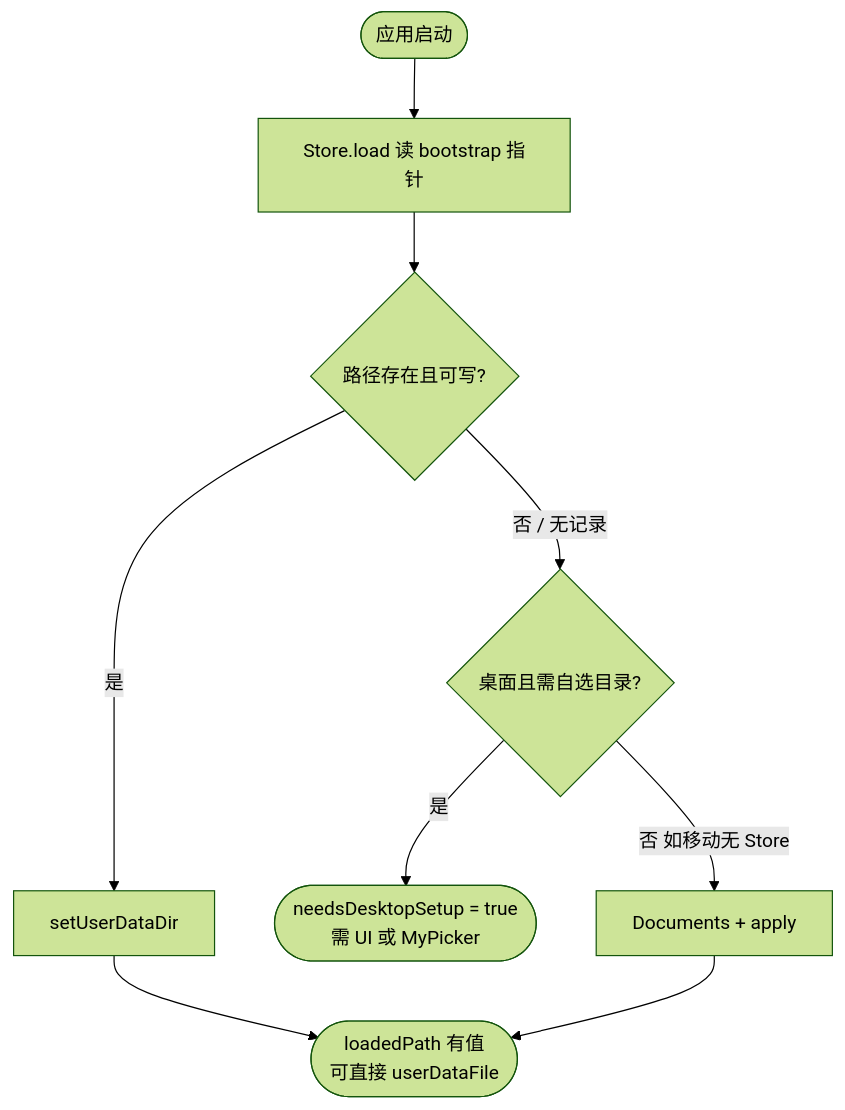
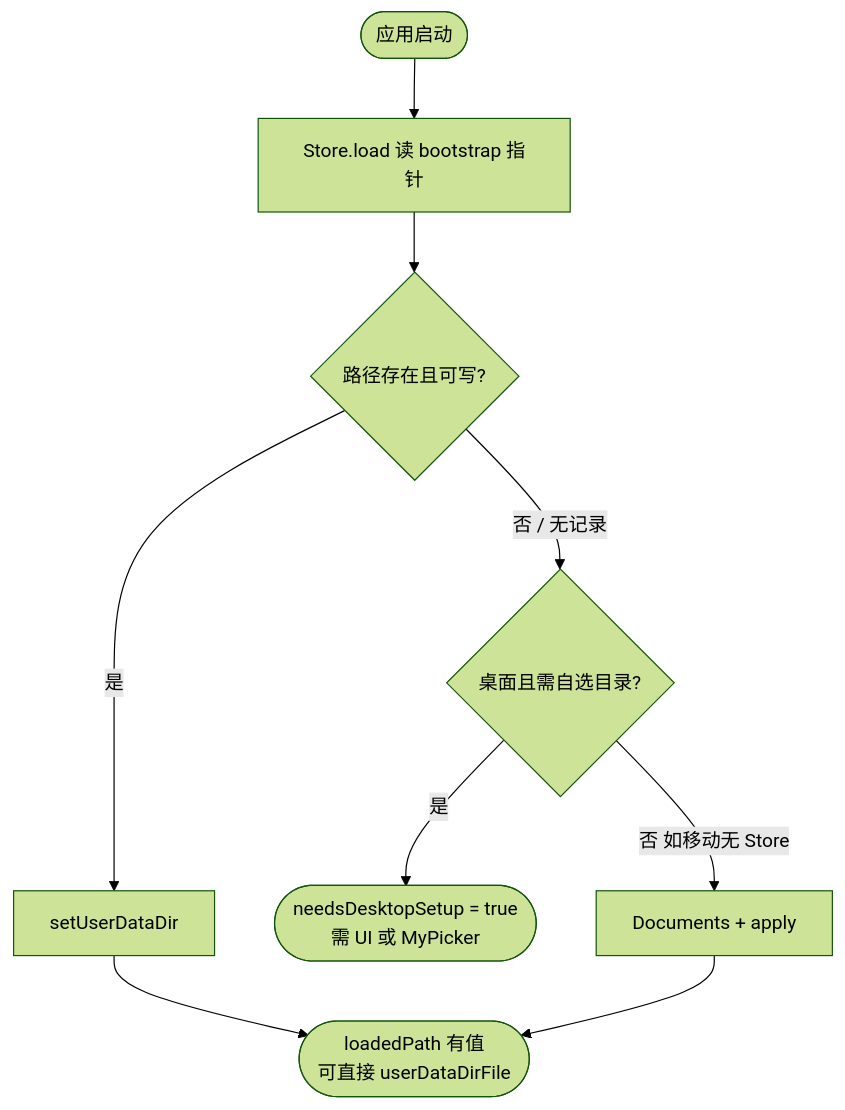
One commit to dbsxdbsx/flutter_xly changed the second of 2 diagrams in .doc/user_data_paths.md. Above: the diagram before and after it, drawn with Mermaid (forest theme). The commit also changed other lines of this file and 15 other files, not shown here.

````diff
--- a/.doc/user_data_paths.md
+++ b/.doc/user_data_paths.md
@@ -97,11 +98,11 @@
 ```mermaid
 flowchart TD
   start([应用启动]) --> load[Store.load 读 bootstrap 指针]
   load --> valid{路径存在且可写?}
   valid -->|是| set[setUserDataDir]
-  set --> ok([loadedPath 有值\n可直接 userDataFile])
+  set --> ok([loadedPath 有值\n可直接 userDataDirFile])
   valid -->|否 / 无记录| desktop{桌面且需自选目录?}
   desktop -->|是| setup([needsDesktopSetup = true\n需 UI 或 MyPicker])
   desktop -->|否 如移动无 Store| doc[Documents + apply]
   doc --> ok
 ```
````
